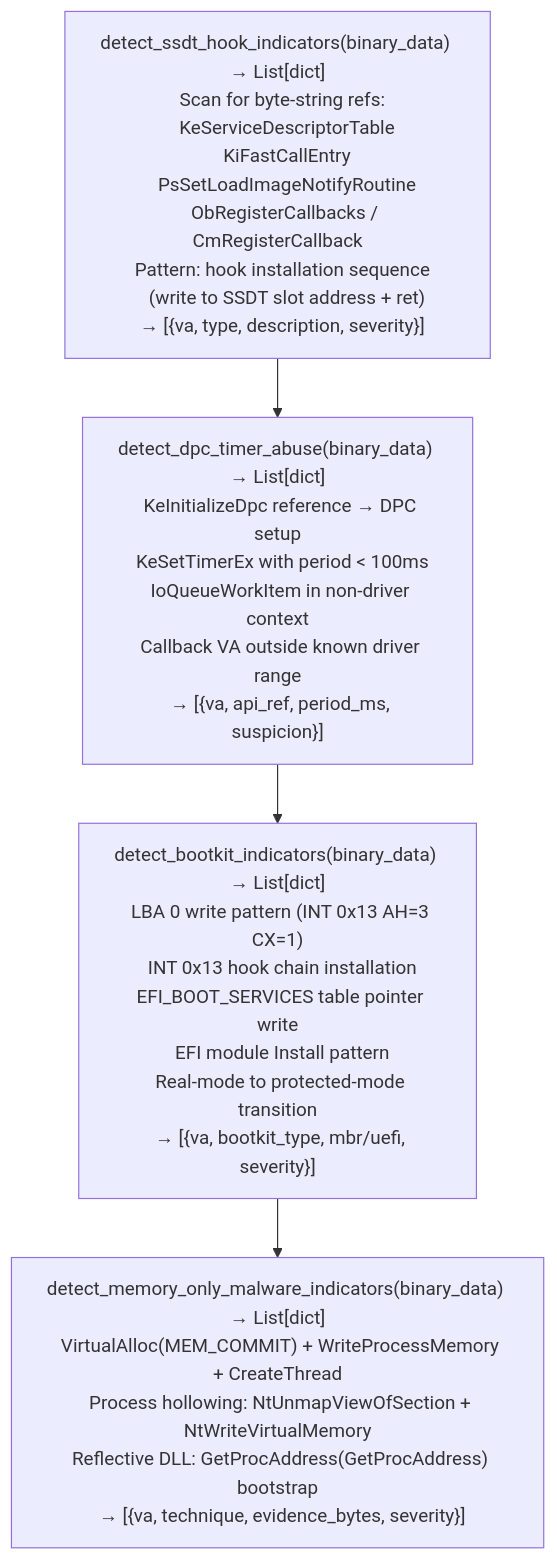
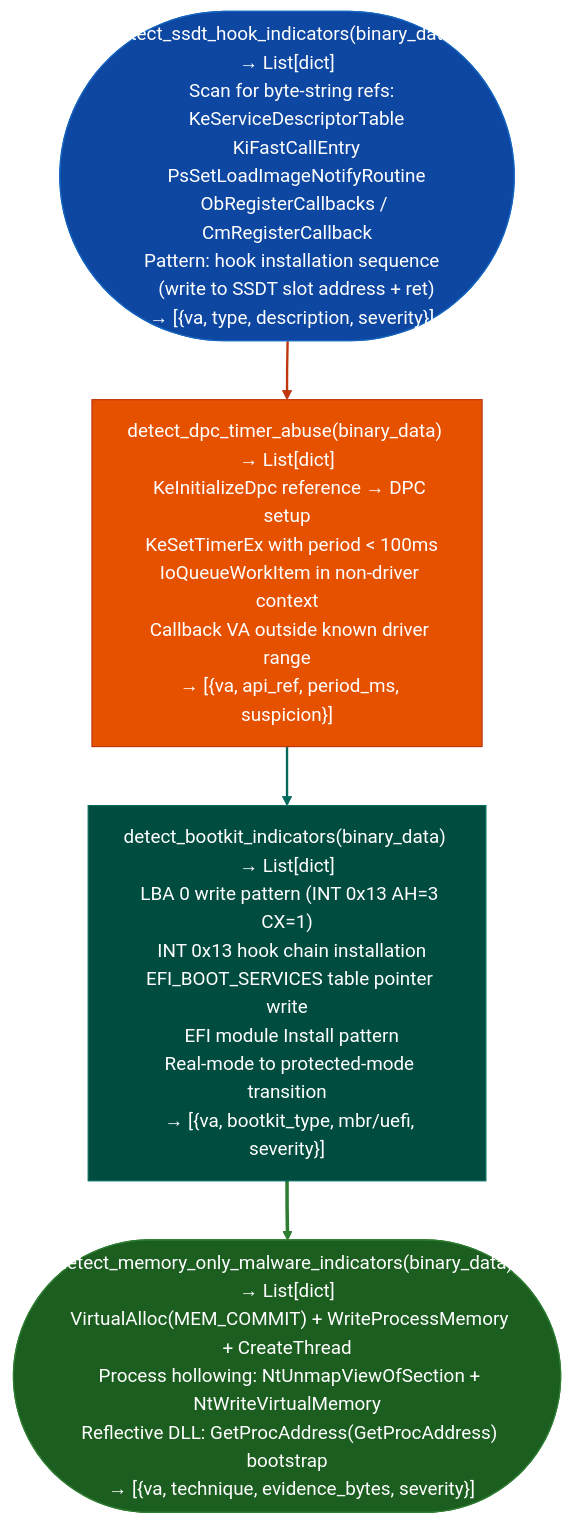
Before and after one commit to Ablation-Tool/ablation: the diagram in docs/reference-modules/rootkit-bootkit-indicators.md, drawn with Mermaid. The commit also changed 320 other files, not shown here.

First line of the commit message:
docs: apply canonical Mermaid template to all 321 diagrams

````diff
--- a/docs/reference-modules/rootkit-bootkit-indicators.md
+++ b/docs/reference-modules/rootkit-bootkit-indicators.md
@@ -19,6 +19,15 @@
 ```mermaid
 flowchart TD
-    A["detect_ssdt_hook_indicators(binary_data) → List[dict]\n  Scan for byte-string refs:\n    KeServiceDescriptorTable\n    KiFastCallEntry\n    PsSetLoadImageNotifyRoutine\n    ObRegisterCallbacks / CmRegisterCallback\n  Pattern: hook installation sequence\n    (write to SSDT slot address + ret)\n  → [{va, type, description, severity}]"] --> B["detect_dpc_timer_abuse(binary_data) → List[dict]\n  KeInitializeDpc reference → DPC setup\n  KeSetTimerEx with period < 100ms\n  IoQueueWorkItem in non-driver context\n  Callback VA outside known driver range\n  → [{va, api_ref, period_ms, suspicion}]"]
-    B --> C["detect_bootkit_indicators(binary_data) → List[dict]\n  LBA 0 write pattern (INT 0x13 AH=3 CX=1)\n  INT 0x13 hook chain installation\n  EFI_BOOT_SERVICES table pointer write\n  EFI module Install pattern\n  Real-mode to protected-mode transition\n  → [{va, bootkit_type, mbr/uefi, severity}]"]
-    C --> D["detect_memory_only_malware_indicators(binary_data) → List[dict]\n  VirtualAlloc(MEM_COMMIT) + WriteProcessMemory + CreateThread\n  Process hollowing: NtUnmapViewOfSection + NtWriteVirtualMemory\n  Reflective DLL: GetProcAddress(GetProcAddress) bootstrap\n  → [{va, technique, evidence_bytes, severity}]"]
+    A(["detect_ssdt_hook_indicators(binary_data) → List[dict]\n  Scan for byte-string refs:\n    KeServiceDescriptorTable\n    KiFastCallEntry\n    PsSetLoadImageNotifyRoutine\n    ObRegisterCallbacks / CmRegisterCallback\n  Pattern: hook installation sequence\n    (write to SSDT slot address + ret)\n  → [{va, type, description, severity}]"]):::input --> B["detect_dpc_timer_abuse(binary_data) → List[dict]\n  KeInitializeDpc reference → DPC setup\n  KeSetTimerEx with period < 100ms\n  IoQueueWorkItem in non-driver context\n  Callback VA outside known driver range\n  → [{va, api_ref, period_ms, suspicion}]"]:::primary
+    B:::primary --> C["detect_bootkit_indicators(binary_data) → List[dict]\n  LBA 0 write pattern (INT 0x13 AH=3 CX=1)\n  INT 0x13 hook chain installation\n  EFI_BOOT_SERVICES table pointer write\n  EFI module Install pattern\n  Real-mode to protected-mode transition\n  → [{va, bootkit_type, mbr/uefi, severity}]"]:::secondary
+    C:::secondary --> D(["detect_memory_only_malware_indicators(binary_data) → List[dict]\n  VirtualAlloc(MEM_COMMIT) + WriteProcessMemory + CreateThread\n  Process hollowing: NtUnmapViewOfSection + NtWriteVirtualMemory\n  Reflective DLL: GetProcAddress(GetProcAddress) bootstrap\n  → [{va, technique, evidence_bytes, severity}]"]):::output
+    classDef input     fill:#0d47a1,stroke:#1565c0,color:#fff
+    classDef primary   fill:#e65100,stroke:#bf360c,color:#fff
+    classDef secondary fill:#004d40,stroke:#00695c,color:#fff
+    classDef tertiary  fill:#4a148c,stroke:#6a1b9a,color:#fff
+    classDef neutral   fill:#37474f,stroke:#546e7a,color:#fff
+    classDef output    fill:#1b5e20,stroke:#2e7d32,color:#fff
+    linkStyle 0 stroke:#bf360c,stroke-width:2px
+    linkStyle 1 stroke:#00695c,stroke-width:2px
+    linkStyle 2 stroke:#2e7d32,stroke-width:3px
 ```
````
